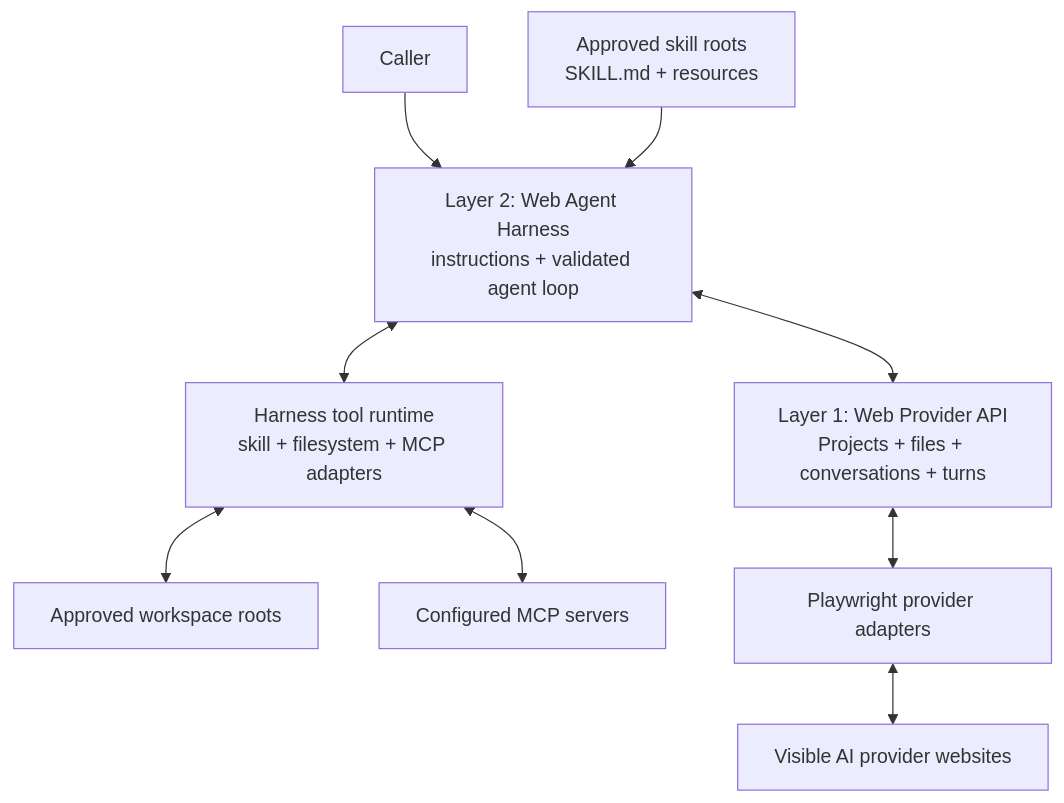
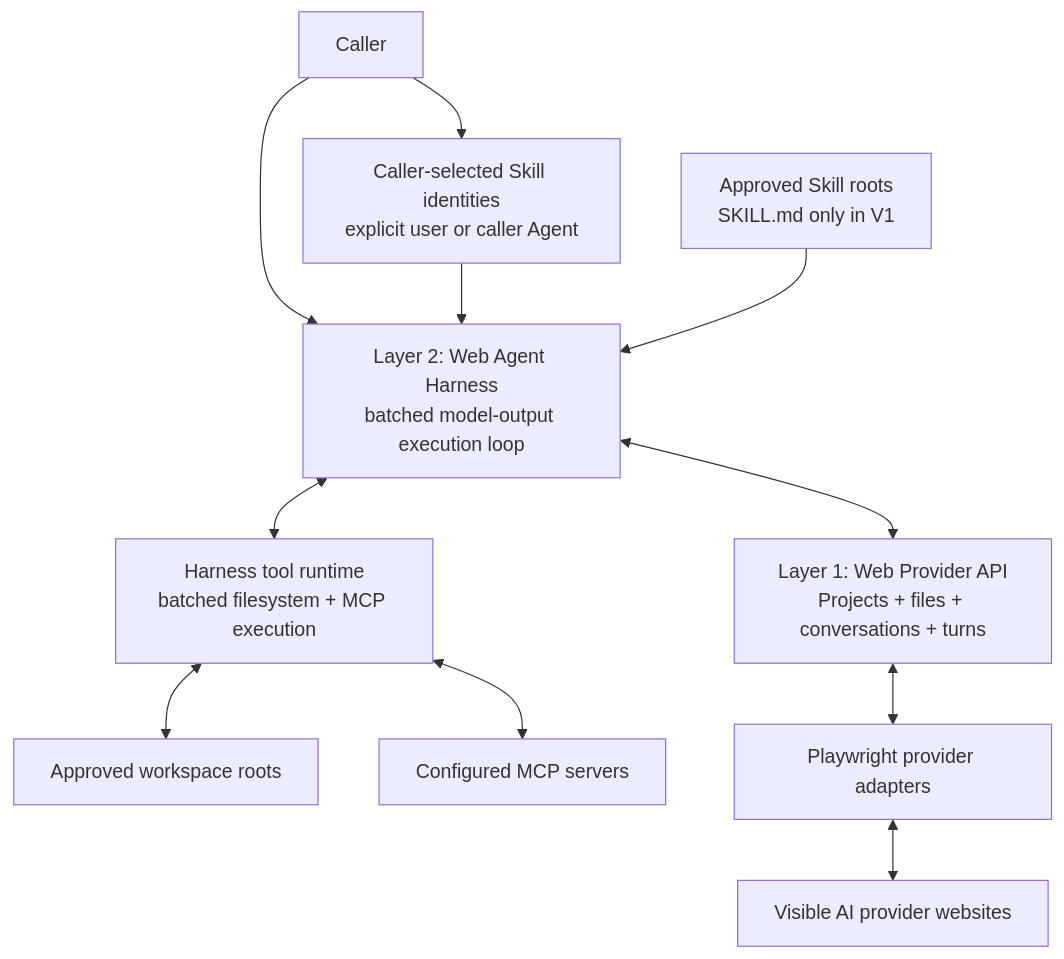
Before and after one commit to jazelly/tokenless: the first of 2 diagrams in docs/roadmaps/P0-web-agent-harness.md, drawn with Mermaid. The commit also changed other lines of this file and 6 other files, not shown here.

Commit message:
docs(roadmaps): clarify batched harness and Windows acceptance

````diff
--- a/docs/roadmaps/P0-web-agent-harness.md
+++ b/docs/roadmaps/P0-web-agent-harness.md
@@ -54,21 +71,24 @@
 ```mermaid
 flowchart TB
   Caller["Caller"]
-  Skills["Approved skill roots<br/>SKILL.md + resources"]
-  Harness["Layer 2: Web Agent Harness<br/>instructions + validated agent loop"]
-  Tools["Harness tool runtime<br/>skill + filesystem + MCP adapters"]
+  SkillSelection["Caller-selected Skill identities<br/>explicit user or caller Agent"]
+  Skills["Approved Skill roots<br/>SKILL.md only in V1"]
+  Harness["Layer 2: Web Agent Harness<br/>batched model-output execution loop"]
+  Tools["Harness tool runtime<br/>batched filesystem + MCP execution"]
   Files["Approved workspace roots"]
   MCP["Configured MCP servers"]
   Provider["Layer 1: Web Provider API<br/>Projects + files + conversations + turns"]
   Playwright["Playwright provider adapters"]
   Websites["Visible AI provider websites"]
 
   Caller --> Harness
+  Caller --> SkillSelection
+  SkillSelection --> Harness
   Skills --> Harness
   Harness <--> Tools
   Tools <--> Files
   Tools <--> MCP
   Harness <--> Provider
   Provider <--> Playwright
   Playwright <--> Websites
 ```
````
